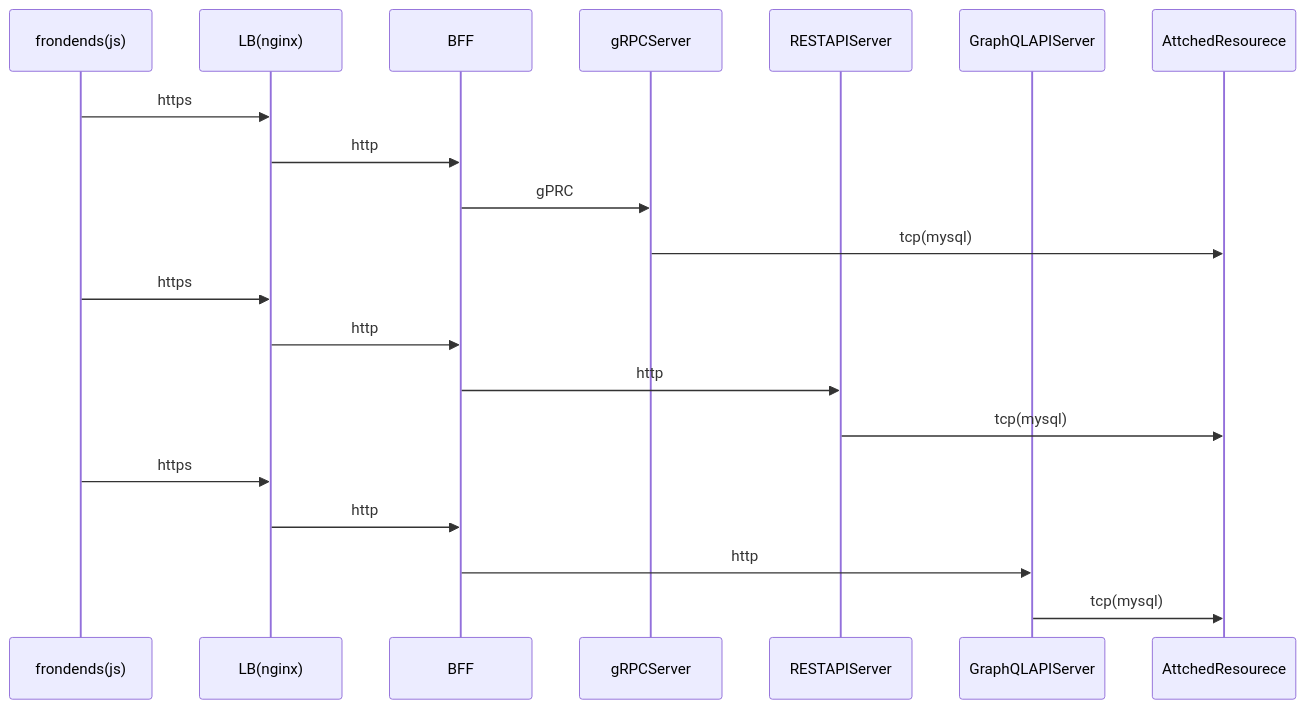
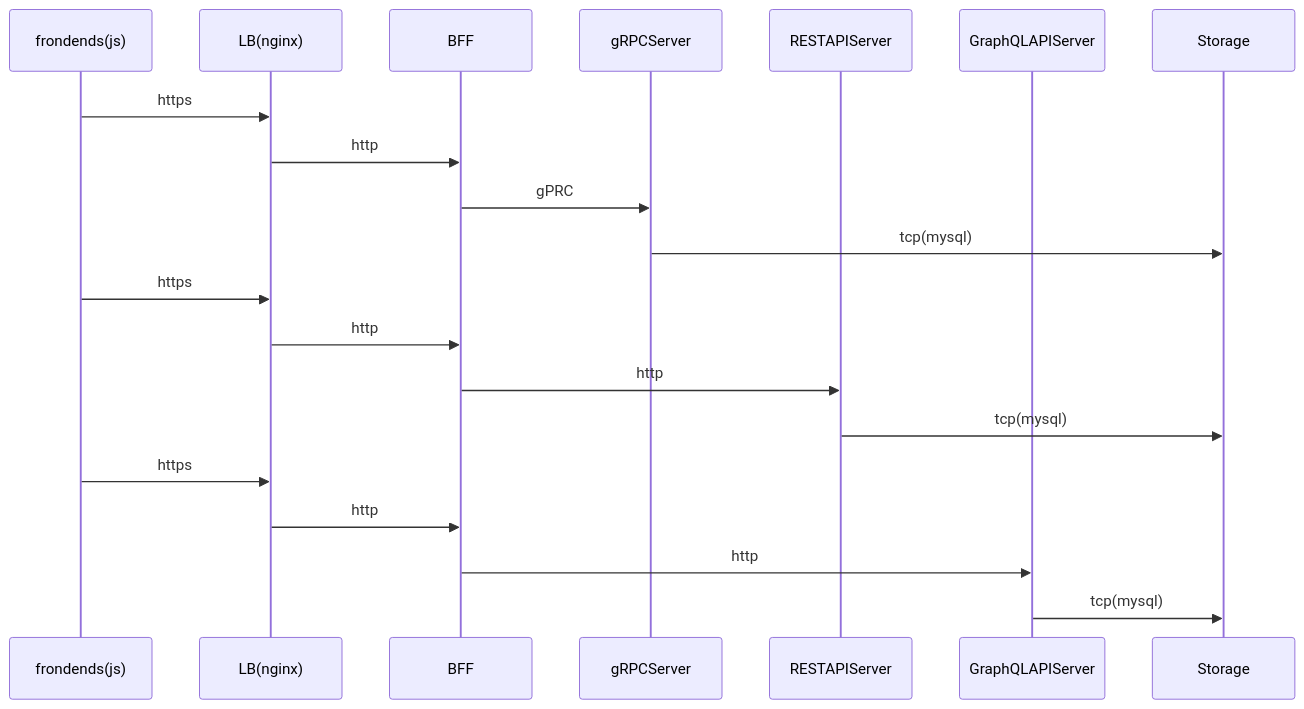
Before and after one commit to taguch1/try-bff: the diagram in README.md, drawn with Mermaid. The commit also changed other lines of this file and 1 other file, not shown here.

````diff
--- a/README.md
+++ b/README.md
@@ -11,25 +11,25 @@
 ```mermaid
 sequenceDiagram
     participant js   as frondends(js)
     participant lb   as LB(nginx)
     participant bff  as BFF
     participant grpc as gRPCServer
     participant rest as RESTAPIServer
     participant gql  as GraphQLAPIServer
-    participant rdb  as AttchedResourece
+    participant rdb  as Storage
 
     js->>lb:https
     lb->>bff:http
     bff->>grpc:gPRC
     grpc->>rdb:tcp(mysql)
 
     js->>lb:https
     lb->>bff:http
     bff->>rest:http
     rest->>rdb:tcp(mysql)
 
     js->>lb:https
     lb->>bff:http
     bff->>gql:http
     gql->>rdb:tcp(mysql)
 ```
````
